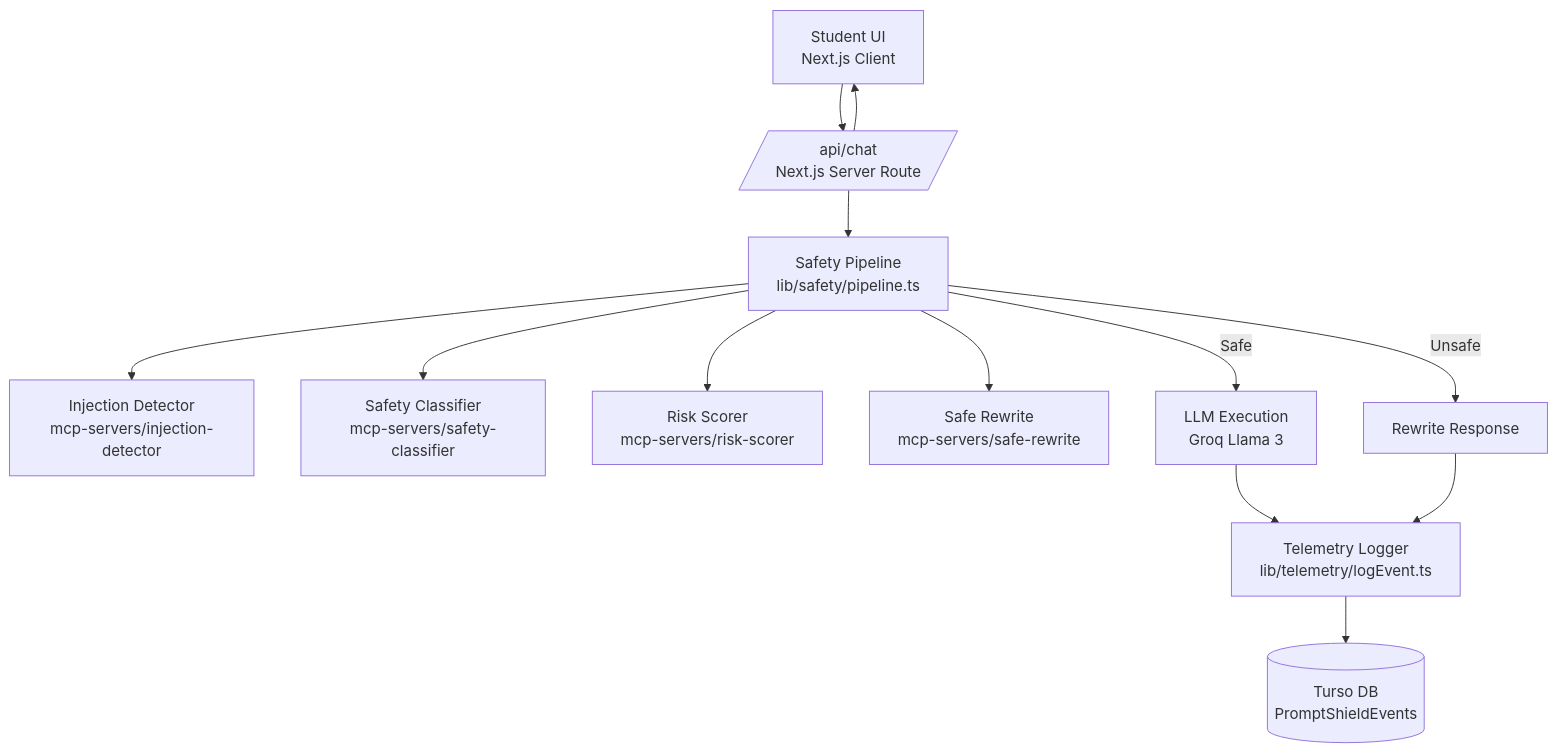
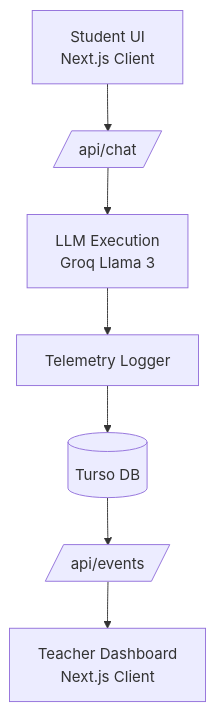
One commit to epatter1/promptshield-live changed the first of 3 diagrams in README.md. Above: the diagram before and after it, drawn with Mermaid. The commit also changed other lines of this file, not shown here.

````diff
--- a/README.md
+++ b/README.md
@@ -73,19 +91,10 @@
 ```mermaid
 flowchart TD
-    A[Student UI<br/>Next.js Client] --> B[/api/chat<br/>Next.js Server Route/]
-    B --> C[Safety Pipeline<br/>lib/safety/pipeline.ts]
+    A[Student UI<br/>Next.js Client] --> B[/api/chat/]
+    B --> C[LLM Execution<br/>Groq Llama 3]
+    C --> D[Telemetry Logger]
+    D --> E[(Turso DB)]
 
-    C --> C1[Injection Detector<br/>mcp-servers/injection-detector]
-    C --> C2[Safety Classifier<br/>mcp-servers/safety-classifier]
-    C --> C3[Risk Scorer<br/>mcp-servers/risk-scorer]
-    C --> C4[Safe Rewrite<br/>mcp-servers/safe-rewrite]
-
-    C -->|Safe| D[LLM Execution<br/>Groq Llama 3]
-    C -->|Unsafe| E[Rewrite Response]
-
-    D --> F[Telemetry Logger<br/>lib/telemetry/logEvent.ts]
-    E --> F
-
-    F --> G[(Turso DB<br/>PromptShieldEvents)]
-    B --> A
+    E --> F[/api/events/]
+    F --> G[Teacher Dashboard<br/>Next.js Client]
 ```
````
